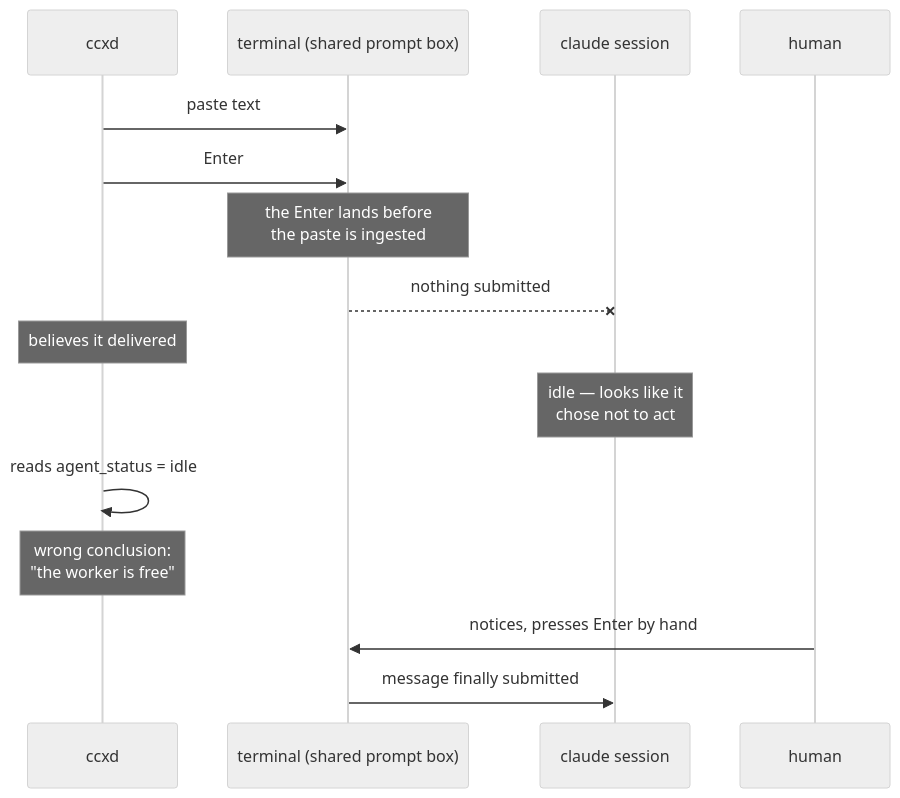
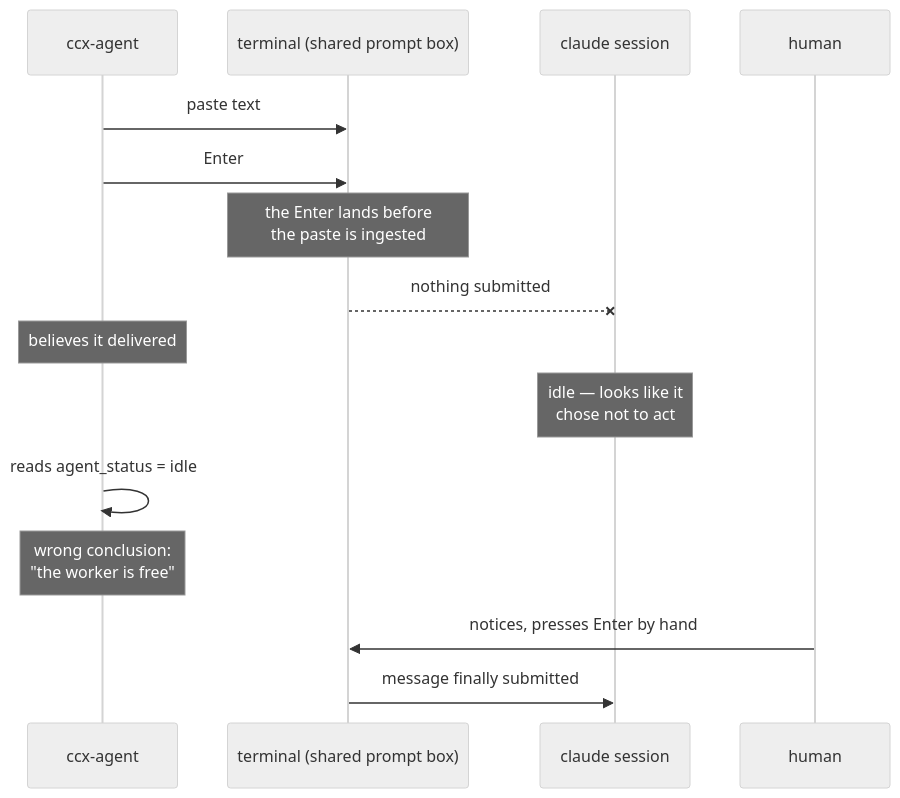
One commit to TakashiAihara/ccx changed the first of 2 diagrams in docs/design/transport.md. Above: the diagram before and after it, drawn with Mermaid (neutral theme). The commit also changed other lines of this file and 58 other files, not shown here.

First line of the commit message:
chore: rename ccxd to ccx-agent (#131)

````diff
--- a/docs/design/transport.md
+++ b/docs/design/transport.md
@@ -27,18 +27,18 @@
 ```mermaid
 sequenceDiagram
-    participant D as ccxd
+    participant D as ccx-agent
     participant T as terminal (shared prompt box)
     participant S as claude session
     participant H as human
 
     D->>T: paste text
     D->>T: Enter
     Note over T: the Enter lands before<br/>the paste is ingested
     T--xS: nothing submitted
     Note over D: believes it delivered
     Note over S: idle — looks like it<br/>chose not to act
     D->>D: reads agent_status = idle
     Note over D: wrong conclusion:<br/>"the worker is free"
     H->>T: notices, presses Enter by hand
     T->>S: message finally submitted
 ```
````
